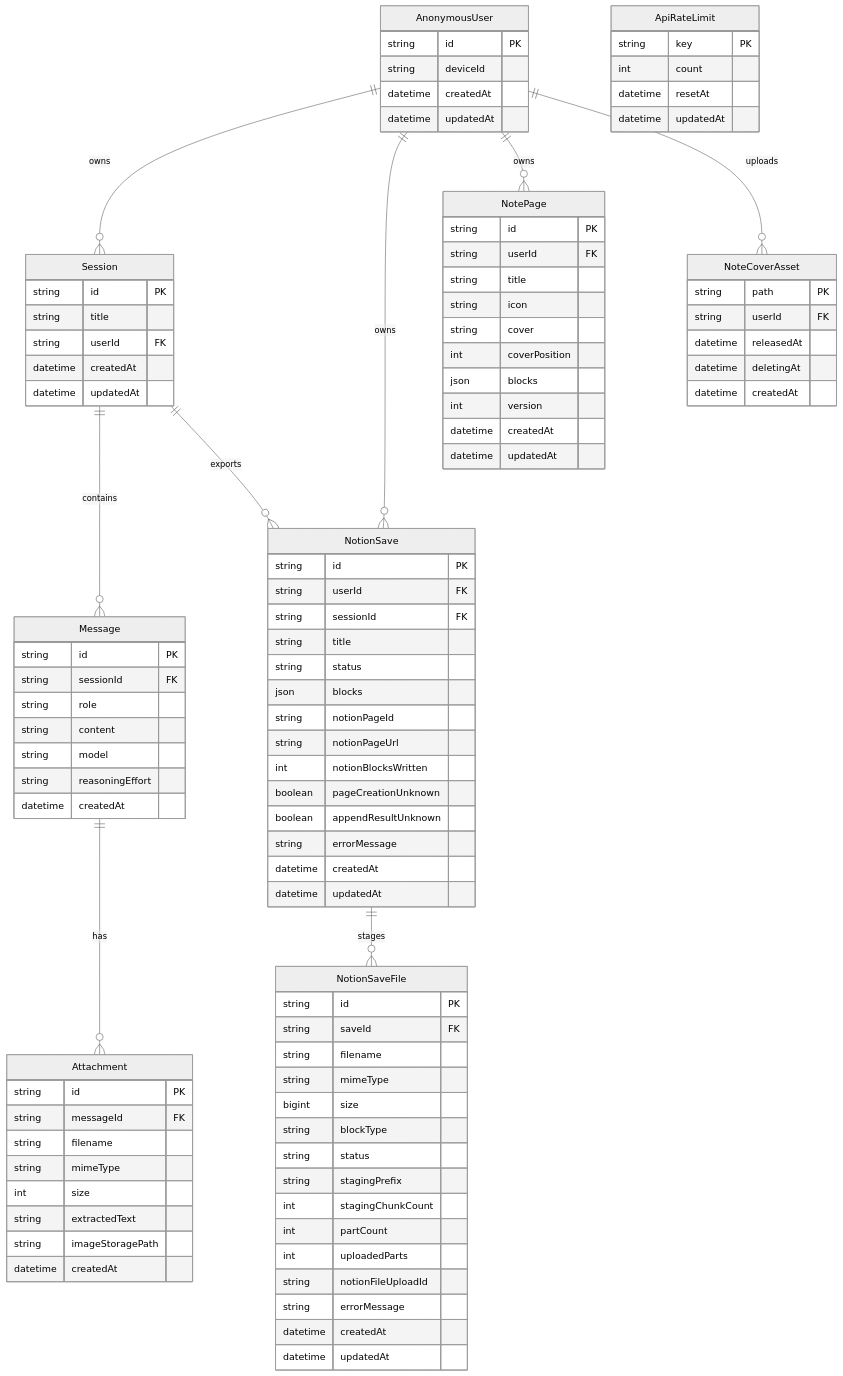
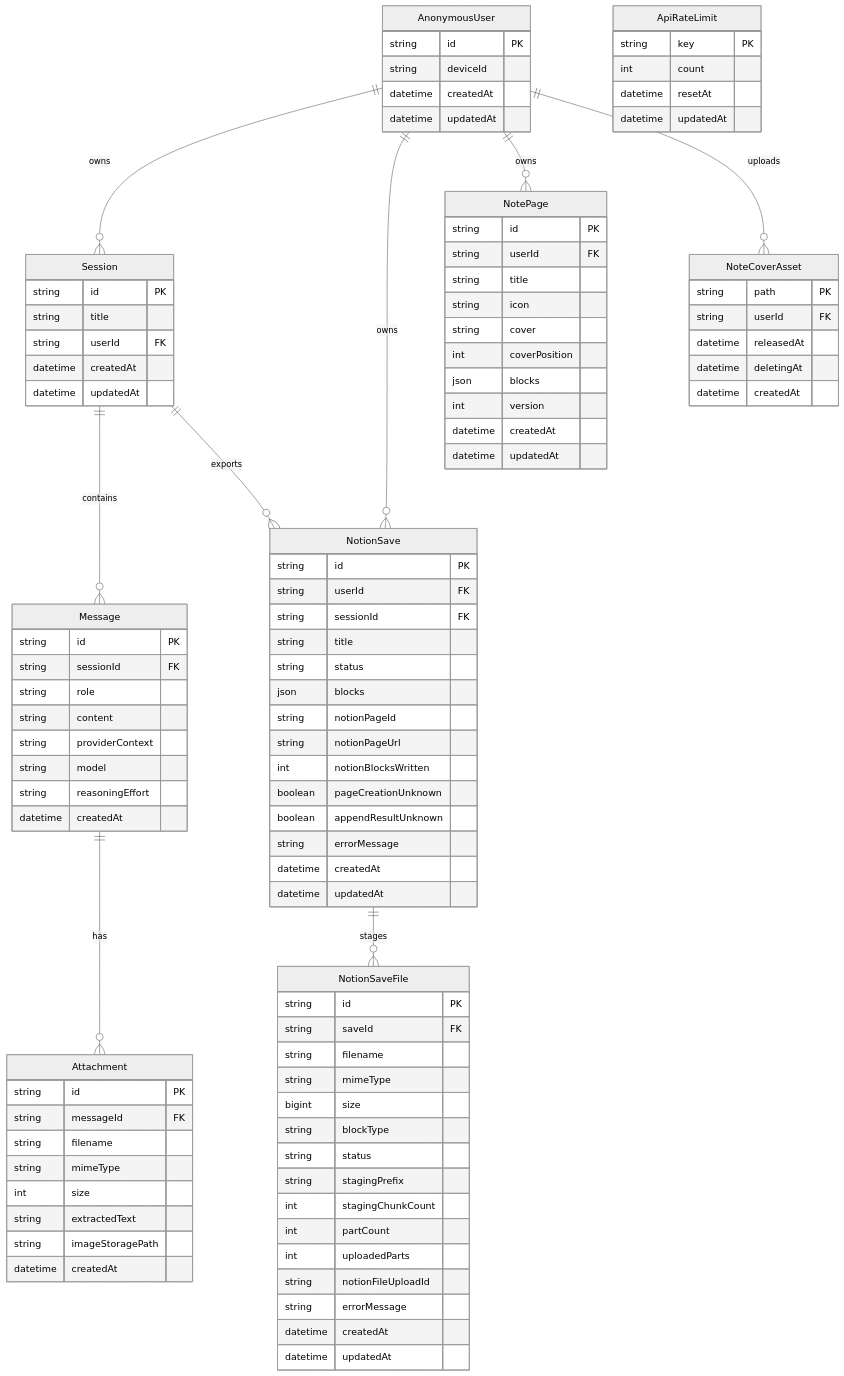
The diagram in docs/architecture/database.md (kakumine2001/NoteFable), drawn with Mermaid (neutral theme) before and after one commit. The commit also changed other lines of this file and 21 other files, not shown here.

```diff
--- a/docs/architecture/database.md
+++ b/docs/architecture/database.md
@@ -105,6 +107,7 @@
         string sessionId FK
         string role
         string content
+        string providerContext
         string model
         string reasoningEffort
         datetime createdAt
```
